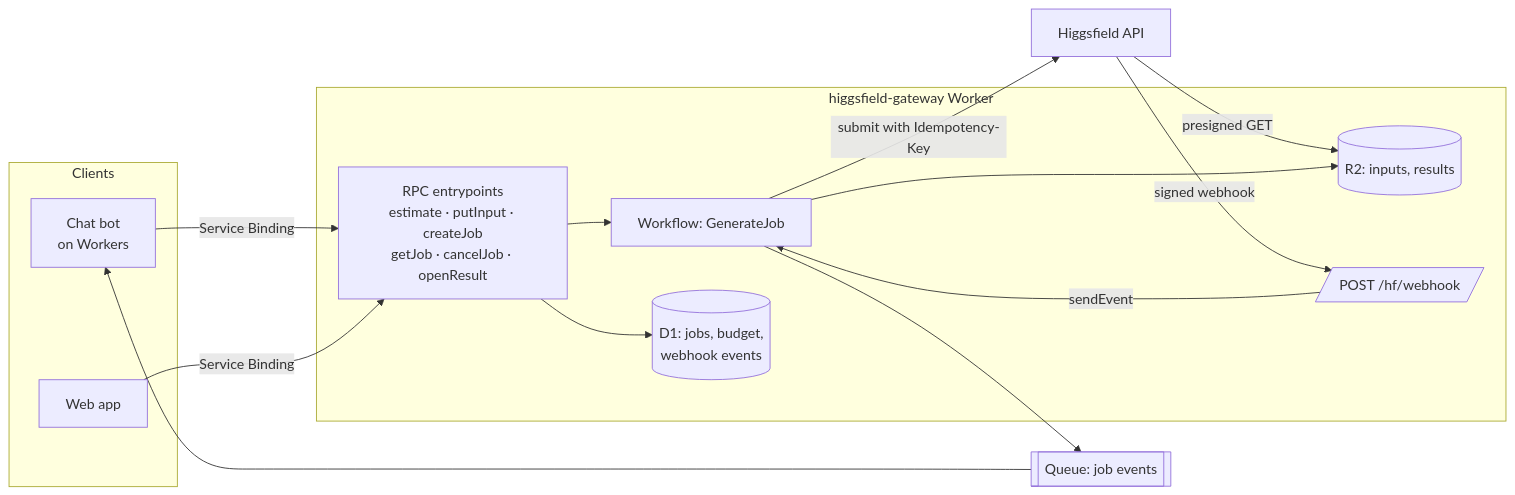
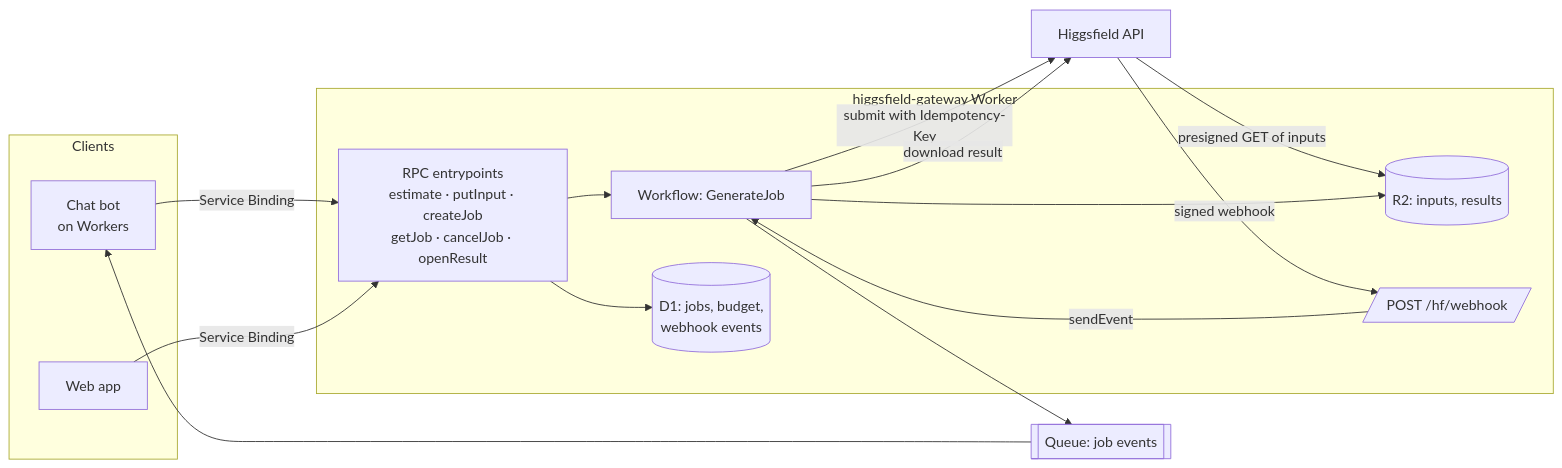
Before and after one commit to jutsuhq/higgsfield-gateway: the diagram in README.md, drawn with Mermaid. The commit also changed other lines of this file and 21 other files, not shown here.

````diff
--- a/README.md
+++ b/README.md
@@ -59,28 +59,29 @@
 ```mermaid
 flowchart LR
   subgraph Clients
     BOT[Chat bot<br/>on Workers]
     WEB[Web app]
   end
   subgraph GW[higgsfield-gateway Worker]
     RPC[RPC entrypoints<br/>estimate · putInput · createJob<br/>getJob · cancelJob · openResult]
     WF[Workflow: GenerateJob]
     D1[(D1: jobs, budget,<br/>webhook events)]
     R2[(R2: inputs, results)]
     HOOK[/POST /hf/webhook/]
   end
   HF[Higgsfield API]
   Q[[Queue: job events]]
 
   BOT -- Service Binding --> RPC
   WEB -- Service Binding --> RPC
   RPC --> D1
   RPC --> WF
   WF -- submit with Idempotency-Key --> HF
-  HF -- presigned GET --> R2
+  HF -- presigned GET of inputs --> R2
   HF -- signed webhook --> HOOK
   HOOK -- sendEvent --> WF
+  WF -- download result --> HF
   WF --> R2
   WF --> Q
   Q --> BOT
 ```
````
